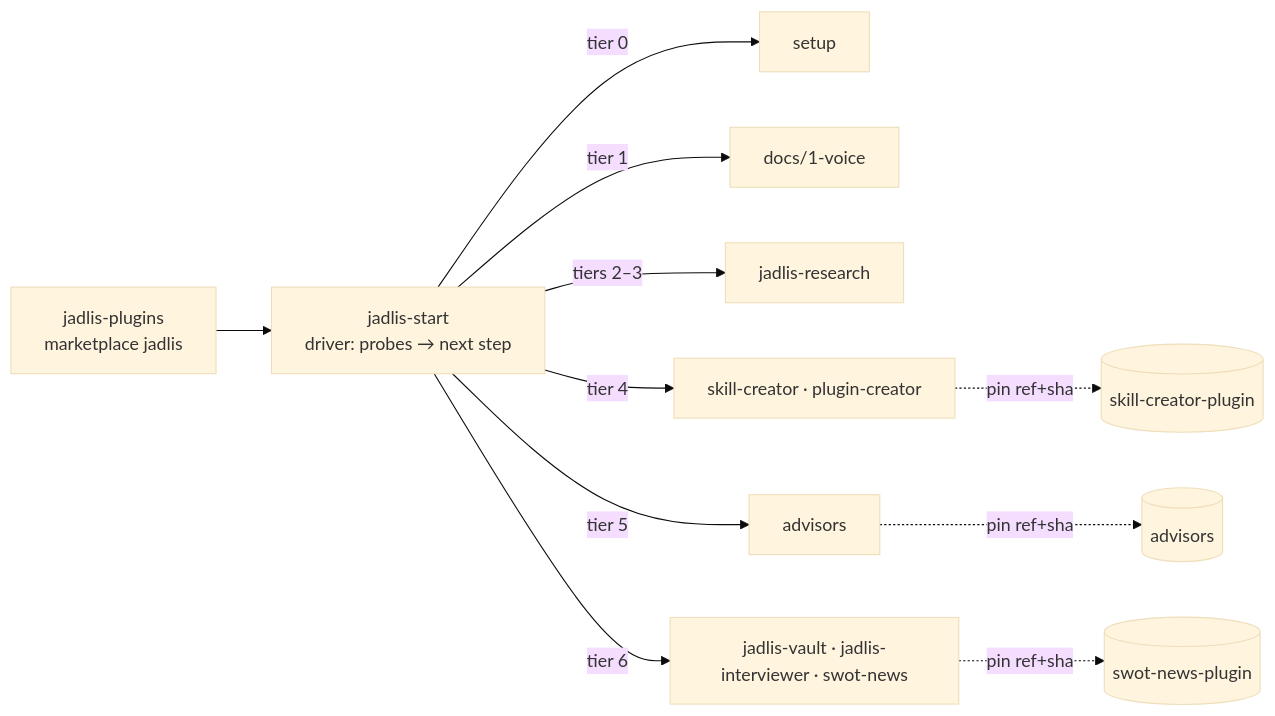
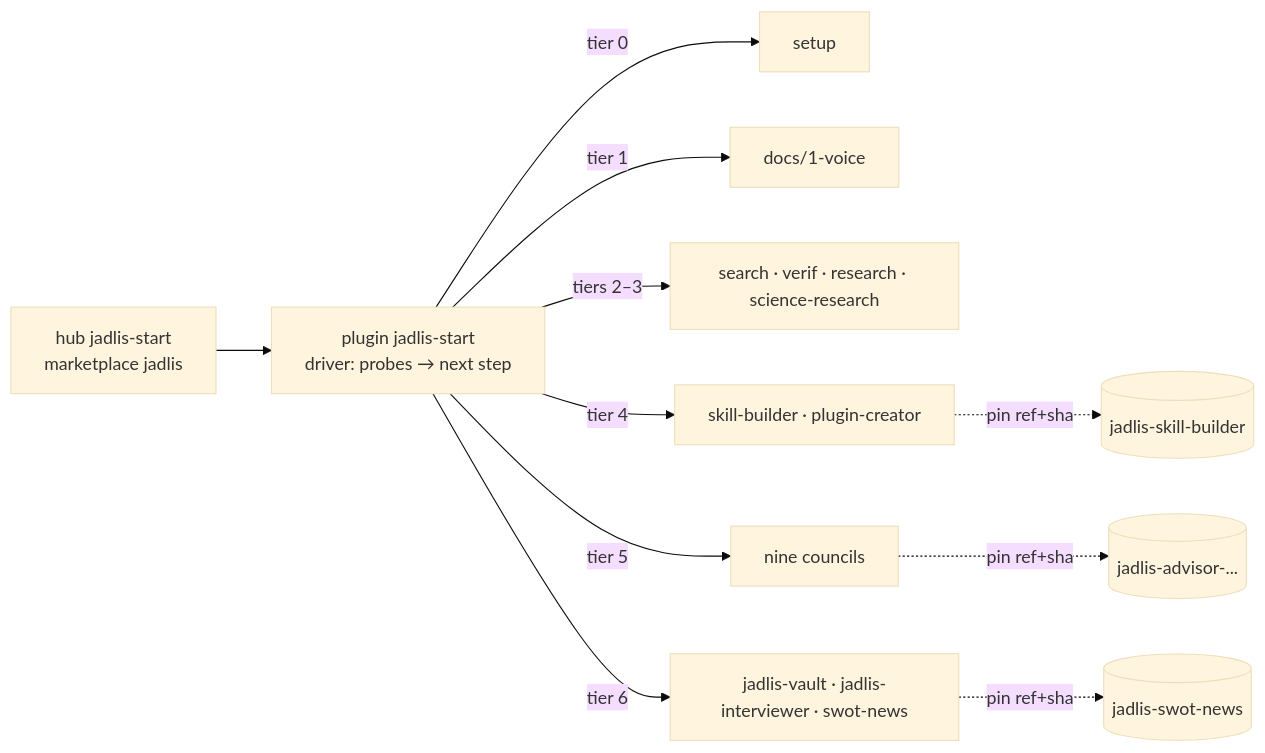
One commit to beCyborg/jadlis-hub changed the diagram in README.en.md. Above: the diagram before and after it, drawn with Mermaid (base theme). The commit also changed other lines of this file and 24 other files, not shown here.

First line of the commit message:
docs: sweep old repo/plugin names to the one-repo-per-plugin map; jadlis-start 2.1.1

````diff
--- a/README.en.md
+++ b/README.en.md
@@ -24,13 +24,13 @@
 ```mermaid
 flowchart LR
-  H[jadlis-plugins<br/>marketplace jadlis] --> S[jadlis-start<br/>driver: probes → next step]
+  H[hub jadlis-start<br/>marketplace jadlis] --> S[plugin jadlis-start<br/>driver: probes → next step]
   S -->|tier 0| T0[setup]
   S -->|tier 1| T1[docs/1-voice]
-  S -->|tiers 2–3| T2[jadlis-research]
-  S -->|tier 4| T4[skill-creator · plugin-creator]
-  S -->|tier 5| T5[advisors]
+  S -->|tiers 2–3| T2[search · verif · research · science-research]
+  S -->|tier 4| T4[skill-builder · plugin-creator]
+  S -->|tier 5| T5[nine councils]
   S -->|tier 6| T6[jadlis-vault · jadlis-interviewer · swot-news]
-  T4 -.pin ref+sha.-> R4[(skill-creator-plugin)]
-  T5 -.pin ref+sha.-> R5[(advisors)]
-  T6 -.pin ref+sha.-> R6[(swot-news-plugin)]
+  T4 -.pin ref+sha.-> R4[(jadlis-skill-builder)]
+  T5 -.pin ref+sha.-> R5[(jadlis-advisor-...)]
+  T6 -.pin ref+sha.-> R6[(jadlis-swot-news)]
 ```
````
